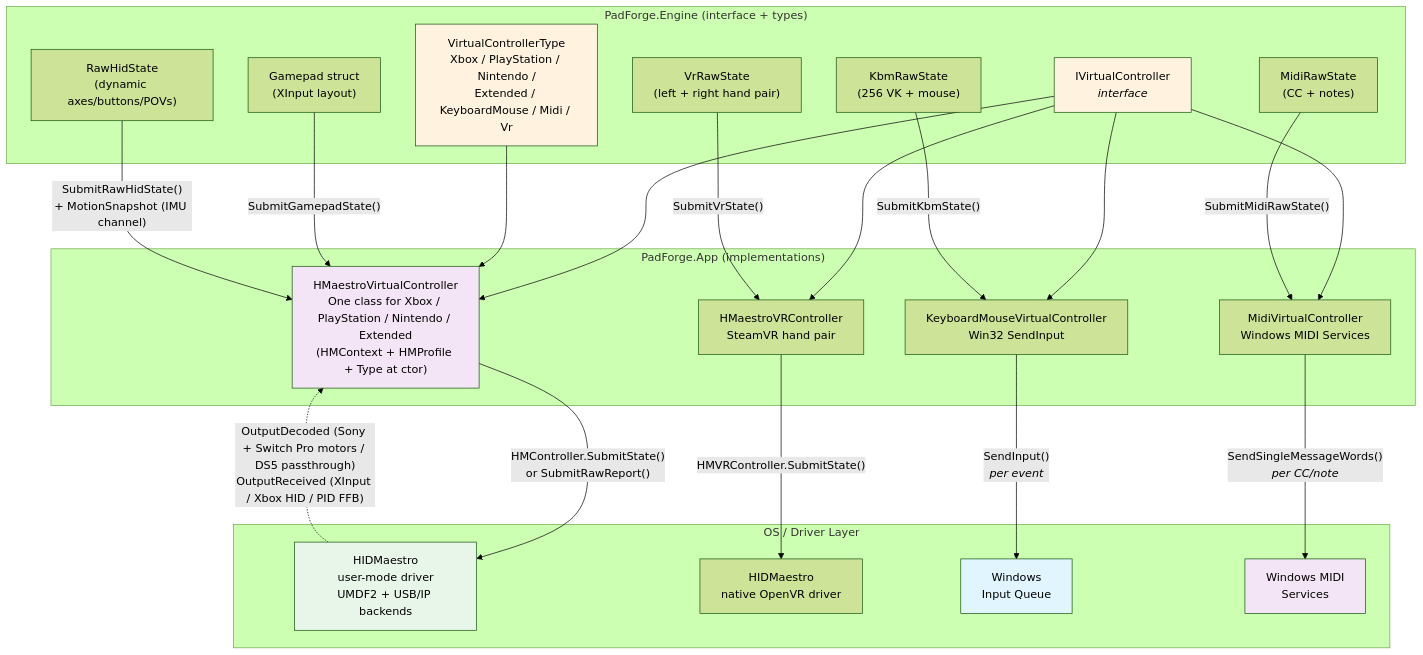
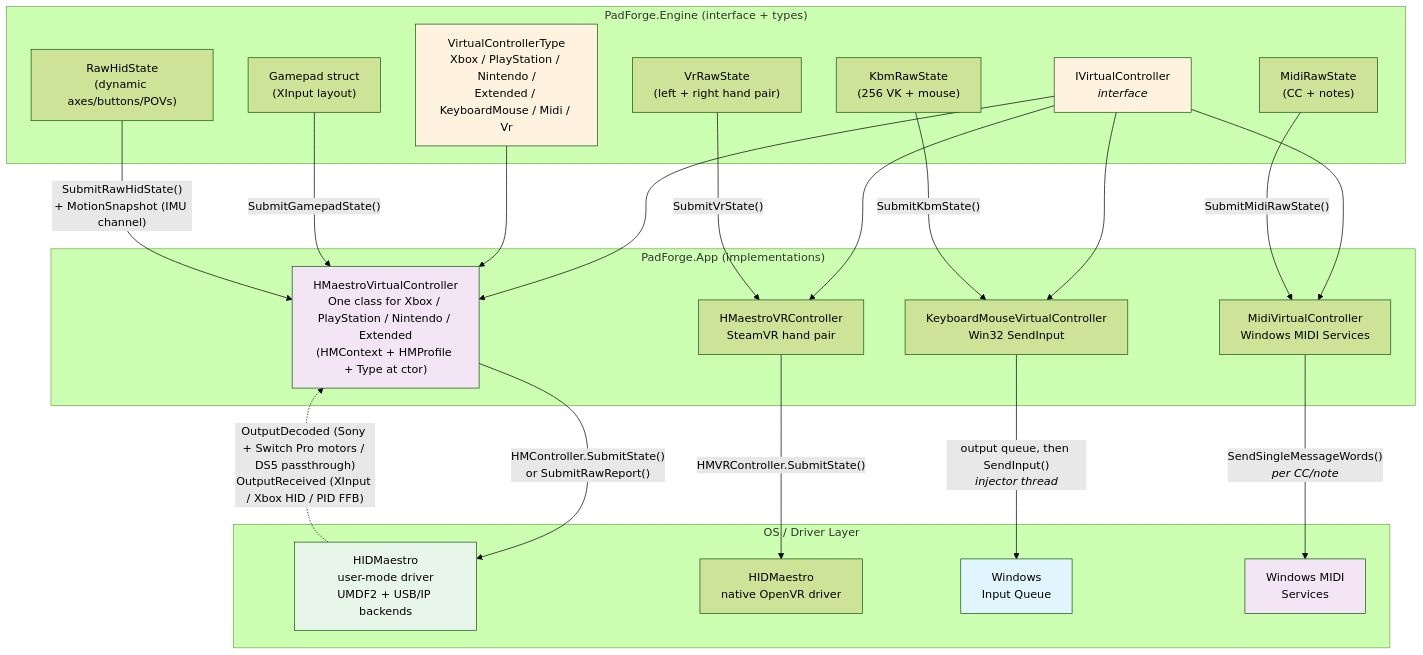
Before and after one commit to hifihedgehog/padforge.org: the diagram in wiki/features/virtual-controllers.md, drawn with Mermaid (forest theme). The commit also changed other lines of this file and 739 other files, not shown here.

````diff
--- a/wiki/features/virtual-controllers.md
+++ b/wiki/features/virtual-controllers.md
@@ -20,49 +20,49 @@
 ```mermaid
 graph TB
     subgraph Engine["PadForge.Engine (interface + types)"]
         IVC["IVirtualController<br/><i>interface</i>"]
         VCT["VirtualControllerType<br/>Xbox / PlayStation / Nintendo /<br/>Extended / KeyboardMouse / Midi / Vr"]
         GP["Gamepad struct<br/>(XInput layout)"]
         ERS["RawHidState<br/>(dynamic axes/buttons/POVs)"]
         KRS["KbmRawState<br/>(256 VK + mouse)"]
         MRS["MidiRawState<br/>(CC + notes)"]
         VRS["VrRawState<br/>(left + right hand pair)"]
     end
 
     subgraph App["PadForge.App (implementations)"]
         HMVC["HMaestroVirtualController<br/>One class for Xbox / PlayStation / Nintendo / Extended<br/>(HMContext + HMProfile + Type at ctor)"]
         VRVC["HMaestroVRController<br/>SteamVR hand pair"]
         KBM["KeyboardMouseVirtualController<br/>Win32 SendInput"]
         MIDI["MidiVirtualController<br/>Windows MIDI Services"]
     end
 
     subgraph Drivers["OS / Driver Layer"]
         HM["HIDMaestro<br/>user-mode driver<br/>UMDF2 + USB/IP backends"]
         HMVRD["HIDMaestro<br/>native OpenVR driver"]
         WIN["Windows<br/>Input Queue"]
         WMS["Windows MIDI<br/>Services"]
     end
 
     IVC --> HMVC & VRVC & KBM & MIDI
     VCT --> HMVC
 
     GP -->|"SubmitGamepadState()"| HMVC
     ERS -->|"SubmitRawHidState()<br/>+ MotionSnapshot (IMU channel)"| HMVC
     KRS -->|"SubmitKbmState()"| KBM
     MRS -->|"SubmitMidiRawState()"| MIDI
     VRS -->|"SubmitVrState()"| VRVC
 
     HMVC -->|"HMController.SubmitState()<br/>or SubmitRawReport()"| HM
     VRVC -->|"HMVRController.SubmitState()"| HMVRD
-    KBM -->|"SendInput()<br/><i>per event</i>"| WIN
+    KBM -->|"output queue, then SendInput()<br/><i>injector thread</i>"| WIN
     MIDI -->|"SendSingleMessageWords()<br/><i>per CC/note</i>"| WMS
 
     HM -.->|"OutputDecoded (Sony + Switch Pro motors / DS5 passthrough)<br/>OutputReceived (XInput / Xbox HID / PID FFB)"| HMVC
 
     style IVC fill:#fff3e0
     style VCT fill:#fff3e0
     style HMVC fill:#f3e5f5
     style HM fill:#e8f5e9
     style WIN fill:#e1f5fe
     style WMS fill:#f3e5f5
 ```
````
